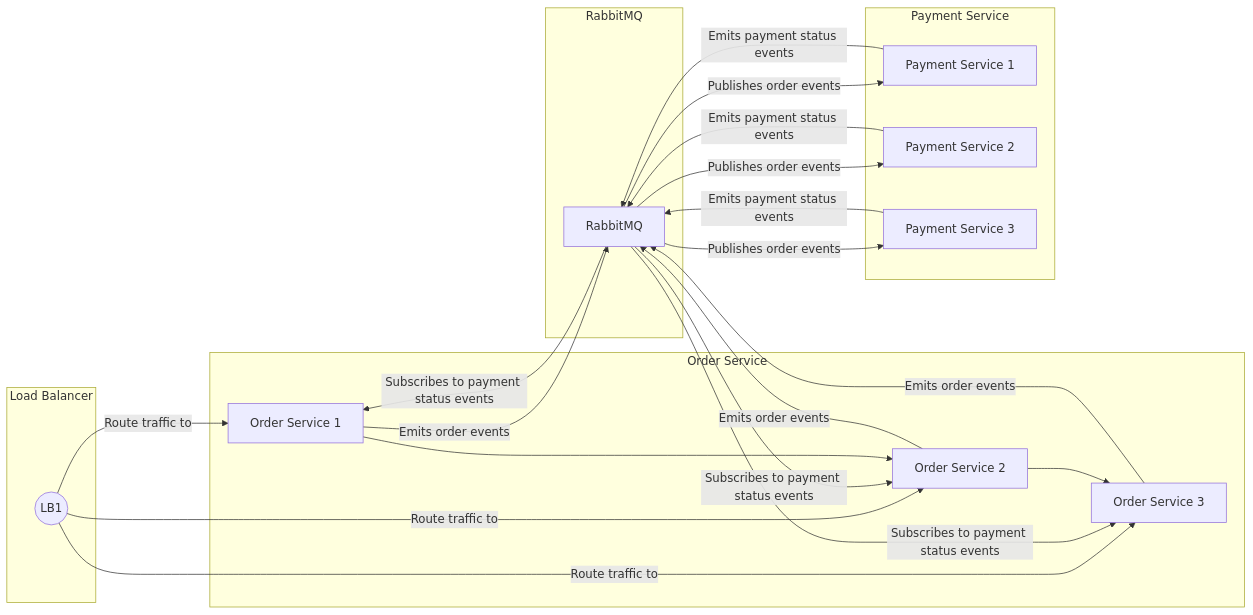
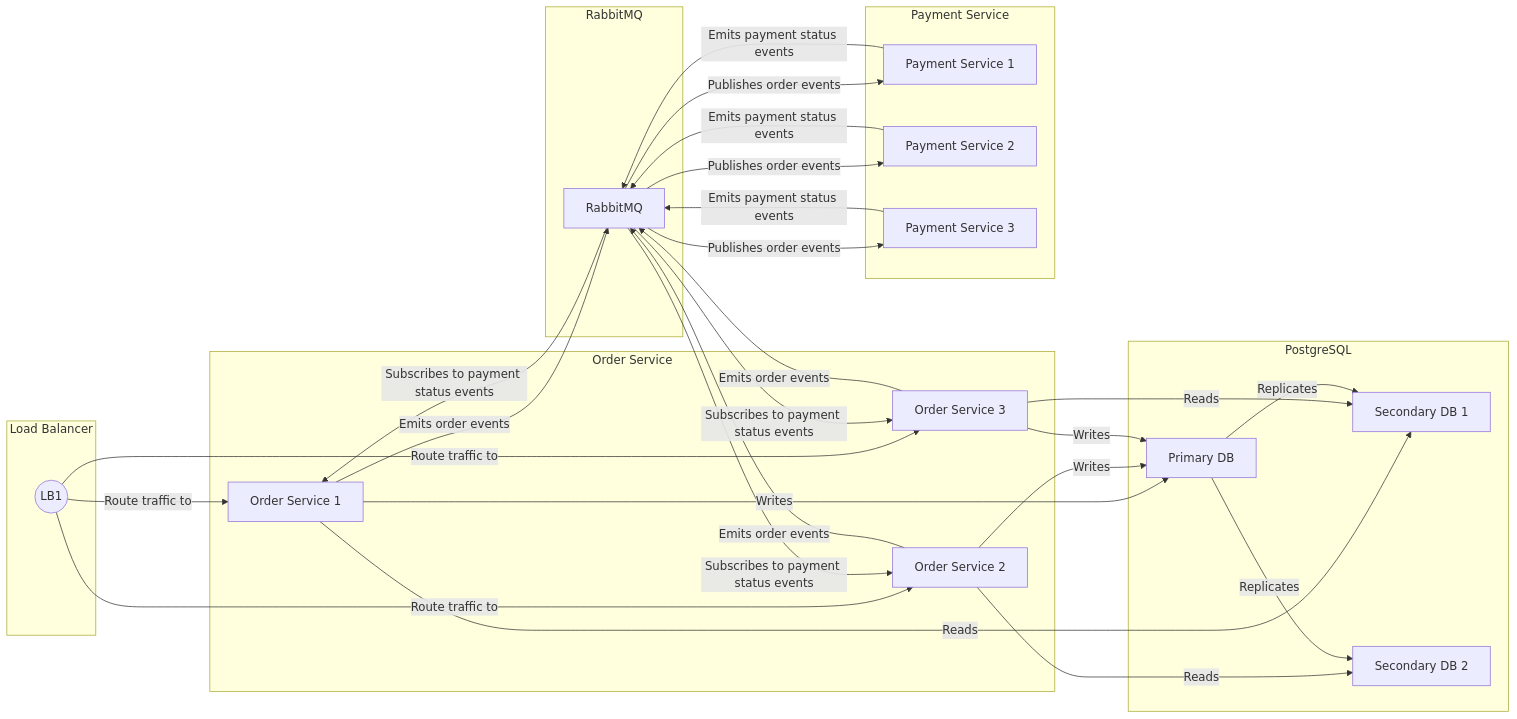
The diagram in SETUP.md (sobystanly/amqp), drawn with Mermaid before and after one commit.

Commit message:
updated diagram

````diff
--- a/SETUP.md
+++ b/SETUP.md
@@ -68,37 +68,47 @@
 ```mermaid
 graph LR;
     subgraph "Order Service"
         order1[Order Service 1]
         order2[Order Service 2]
         order3[Order Service 3]
     end
     subgraph "RabbitMQ"
         rabbitMQ[RabbitMQ]
     end
     subgraph "Payment Service"
         payment1[Payment Service 1]
         payment2[Payment Service 2]
         payment3[Payment Service 3]
     end
     subgraph "Load Balancer"
         lb1((LB1))
     end
+    subgraph "PostgreSQL"
+        primary[Primary DB]
+        secondary1[Secondary DB 1]
+        secondary2[Secondary DB 2]
+    end
     lb1 -->|Route traffic to| order1;
     lb1 -->|Route traffic to| order2;
     lb1 -->|Route traffic to| order3;
     order1 -->|Emits order events| rabbitMQ;
     order2 -->|Emits order events| rabbitMQ;
     order3 -->|Emits order events| rabbitMQ;
     rabbitMQ -->|Subscribes to payment status events| order1;
     rabbitMQ -->|Subscribes to payment status events| order2;
     rabbitMQ -->|Subscribes to payment status events| order3;
     rabbitMQ -->|Publishes order events| payment1;
     rabbitMQ -->|Publishes order events| payment2;
     rabbitMQ -->|Publishes order events| payment3;
     payment1 -->|Emits payment status events| rabbitMQ;
     payment2 -->|Emits payment status events| rabbitMQ;
     payment3 -->|Emits payment status events| rabbitMQ;
-    
-    order1 --> order2;
-    order2 --> order3;
+    order1 -->|Writes| primary;
+    order2 -->|Writes| primary;
+    order3 -->|Writes| primary;
+    order1 -->|Reads| secondary1;
+    order2 -->|Reads| secondary2;
+    order3 -->|Reads| secondary1;
+    primary -->|Replicates| secondary1;
+    primary -->|Replicates| secondary2;
 ```
````
